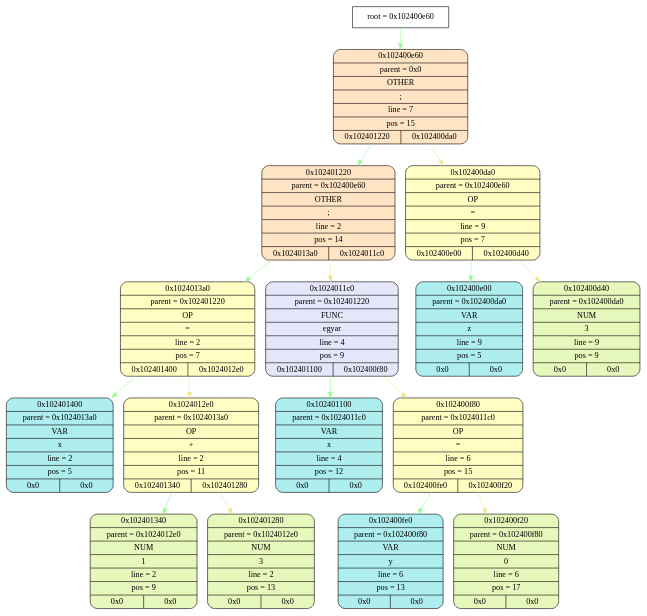
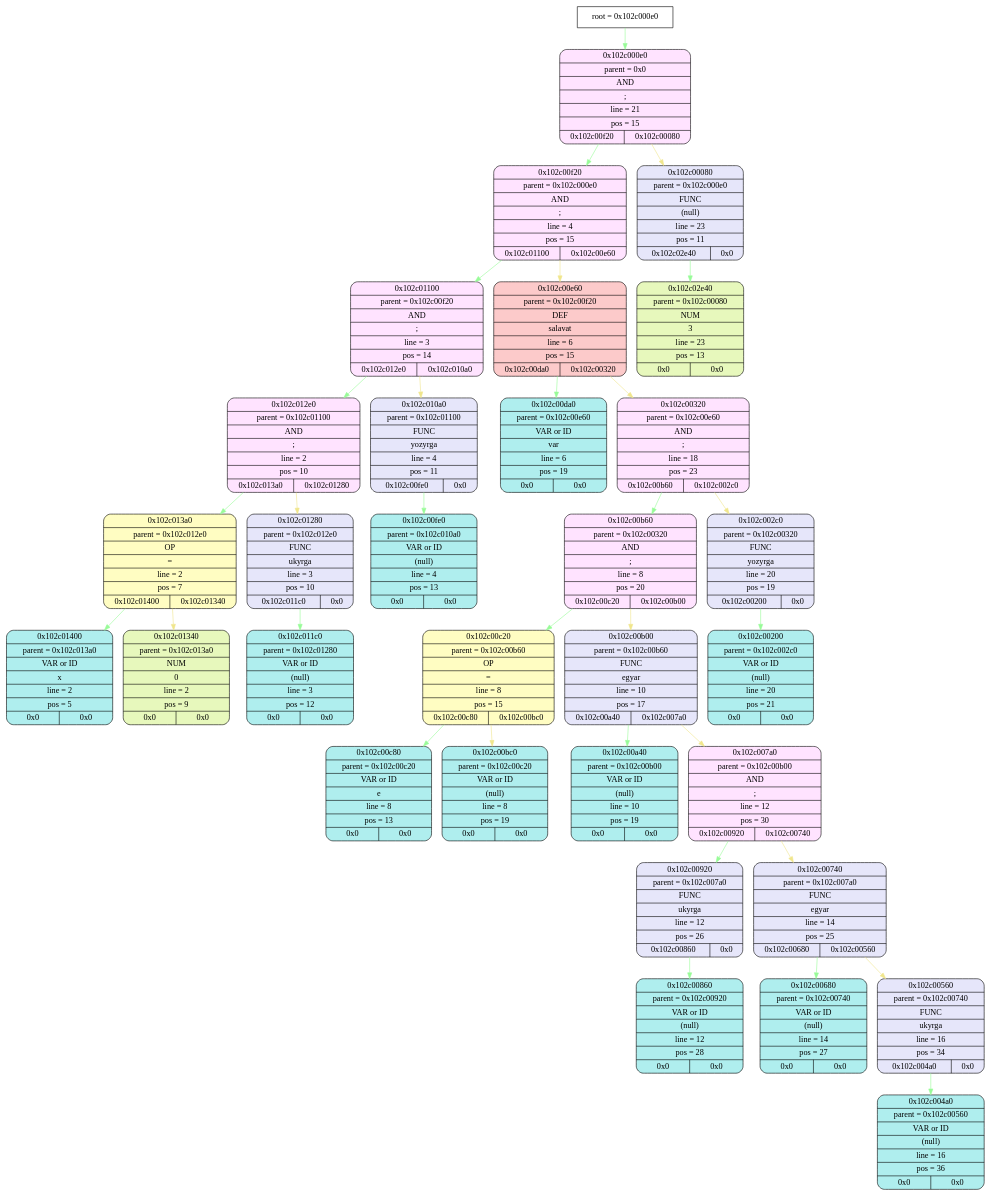
Before and after one commit to esgalimov/language: the diagram in frontend/tmp/graphviz.dot, drawn with Graphviz. The commit also changed 14 other files, not shown here.

```diff
--- a/frontend/tmp/graphviz.dot
+++ b/frontend/tmp/graphviz.dot
@@ -1,50 +1,98 @@
 digraph
 {
-    node_info[shape = record, label = "{root = 0x102400e60}"];
+    node_info[shape = record, label = "{root = 0x102c000e0}"];
 
-    node_info->node_0x102400e60 [color = "#98FB98"];
-    node_0x102400e60[shape = Mrecord, label = "{{0x102400e60} | {parent =  0x0} | {OTHER} | {;} | {line = 7} | {pos = 15} | {0x102401220 | 0x102400da0}}",
-                style="filled", fillcolor="#FFE4C4"];
-    node_0x102401220[shape = Mrecord, label = "{{0x102401220} | {parent =  0x102400e60} | {OTHER} | {;} | {line = 2} | {pos = 14} | {0x1024013a0 | 0x1024011c0}}",
-                style="filled", fillcolor="#FFE4C4"];
-    node_0x1024013a0[shape = Mrecord, label = "{{0x1024013a0} | {parent =  0x102401220} | {OP} | {=} | {line = 2} | {pos = 7} | {0x102401400 | 0x1024012e0}}",
+    node_info->node_0x102c000e0 [color = "#98FB98"];
+    node_0x102c000e0[shape = Mrecord, label = "{{0x102c000e0} | {parent =  0x0} | {AND} | {;} | {line = 21} | {pos = 15} | {0x102c00f20 | 0x102c00080}}",
+                style="filled", fillcolor="#FFE3FF"];
+    node_0x102c00f20[shape = Mrecord, label = "{{0x102c00f20} | {parent =  0x102c000e0} | {AND} | {;} | {line = 4} | {pos = 15} | {0x102c01100 | 0x102c00e60}}",
+                style="filled", fillcolor="#FFE3FF"];
+    node_0x102c01100[shape = Mrecord, label = "{{0x102c01100} | {parent =  0x102c00f20} | {AND} | {;} | {line = 3} | {pos = 14} | {0x102c012e0 | 0x102c010a0}}",
+                style="filled", fillcolor="#FFE3FF"];
+    node_0x102c012e0[shape = Mrecord, label = "{{0x102c012e0} | {parent =  0x102c01100} | {AND} | {;} | {line = 2} | {pos = 10} | {0x102c013a0 | 0x102c01280}}",
+                style="filled", fillcolor="#FFE3FF"];
+    node_0x102c013a0[shape = Mrecord, label = "{{0x102c013a0} | {parent =  0x102c012e0} | {OP} | {=} | {line = 2} | {pos = 7} | {0x102c01400 | 0x102c01340}}",
                 style="filled", fillcolor="#FFFDC2"];
-    node_0x102401400[shape = Mrecord, label = "{{0x102401400} | {parent =  0x1024013a0} | {VAR} | {x} | {line = 2} | {pos = 5} | {0x0 | 0x0}}",
+    node_0x102c01400[shape = Mrecord, label = "{{0x102c01400} | {parent =  0x102c013a0} | {VAR or ID} | {x} | {line = 2} | {pos = 5} | {0x0 | 0x0}}",
                 style="filled", fillcolor="#AFEEEE"];
-    node_0x1024012e0[shape = Mrecord, label = "{{0x1024012e0} | {parent =  0x1024013a0} | {OP} | {+} | {line = 2} | {pos = 11} | {0x102401340 | 0x102401280}}",
+    node_0x102c01340[shape = Mrecord, label = "{{0x102c01340} | {parent =  0x102c013a0} | {NUM} | {0} | {line = 2} | {pos = 9} | {0x0 | 0x0}}",
+                style="filled", fillcolor="#E7F8BC"];
+    node_0x102c01280[shape = Mrecord, label = "{{0x102c01280} | {parent =  0x102c012e0} | {FUNC} | {ukyrga} | {line = 3} | {pos = 10} | {0x102c011c0 | 0x0}}",
+                style="filled", fillcolor="#E6E6FA"];
+    node_0x102c011c0[shape = Mrecord, label = "{{0x102c011c0} | {parent =  0x102c01280} | {VAR or ID} | {(null)} | {line = 3} | {pos = 12} | {0x0 | 0x0}}",
+                style="filled", fillcolor="#AFEEEE"];
+    node_0x102c010a0[shape = Mrecord, label = "{{0x102c010a0} | {parent =  0x102c01100} | {FUNC} | {yozyrga} | {line = 4} | {pos = 11} | {0x102c00fe0 | 0x0}}",
+                style="filled", fillcolor="#E6E6FA"];
+    node_0x102c00fe0[shape = Mrecord, label = "{{0x102c00fe0} | {parent =  0x102c010a0} | {VAR or ID} | {(null)} | {line = 4} | {pos = 13} | {0x0 | 0x0}}",
+                style="filled", fillcolor="#AFEEEE"];
+    node_0x102c00e60[shape = Mrecord, label = "{{0x102c00e60} | {parent =  0x102c00f20} | {DEF} | {salavat} | {line = 6} | {pos = 15} | {0x102c00da0 | 0x102c00320}}",
+                style="filled", fillcolor="#FCCACA"];
+    node_0x102c00da0[shape = Mrecord, label = "{{0x102c00da0} | {parent =  0x102c00e60} | {VAR or ID} | {var} | {line = 6} | {pos = 19} | {0x0 | 0x0}}",
+                style="filled", fillcolor="#AFEEEE"];
+    node_0x102c00320[shape = Mrecord, label = "{{0x102c00320} | {parent =  0x102c00e60} | {AND} | {;} | {line = 18} | {pos = 23} | {0x102c00b60 | 0x102c002c0}}",
+                style="filled", fillcolor="#FFE3FF"];
+    node_0x102c00b60[shape = Mrecord, label = "{{0x102c00b60} | {parent =  0x102c00320} | {AND} | {;} | {line = 8} | {pos = 20} | {0x102c00c20 | 0x102c00b00}}",
+                style="filled", fillcolor="#FFE3FF"];
+    node_0x102c00c20[shape = Mrecord, label = "{{0x102c00c20} | {parent =  0x102c00b60} | {OP} | {=} | {line = 8} | {pos = 15} | {0x102c00c80 | 0x102c00bc0}}",
                 style="filled", fillcolor="#FFFDC2"];
-    node_0x102401340[shape = Mrecord, label = "{{0x102401340} | {parent =  0x1024012e0} | {NUM} | {1} | {line = 2} | {pos = 9} | {0x0 | 0x0}}",
+    node_0x102c00c80[shape = Mrecord, label = "{{0x102c00c80} | {parent =  0x102c00c20} | {VAR or ID} | {e} | {line = 8} | {pos = 13} | {0x0 | 0x0}}",
+                style="filled", fillcolor="#AFEEEE"];
+    node_0x102c00bc0[shape = Mrecord, label = "{{0x102c00bc0} | {parent =  0x102c00c20} | {VAR or ID} | {(null)} | {line = 8} | {pos = 19} | {0x0 | 0x0}}",
+                style="filled", fillcolor="#AFEEEE"];
+    node_0x102c00b00[shape = Mrecord, label = "{{0x102c00b00} | {parent =  0x102c00b60} | {FUNC} | {egyar} | {line = 10} | {pos = 17} | {0x102c00a40 | 0x102c007a0}}",
+                style="filled", fillcolor="#E6E6FA"];
+    node_0x102c00a40[shape = Mrecord, label = "{{0x102c00a40} | {parent =  0x102c00b00} | {VAR or ID} | {(null)} | {line = 10} | {pos = 19} | {0x0 | 0x0}}",
+                style="filled", fillcolor="#AFEEEE"];
+    node_0x102c007a0[shape = Mrecord, label = "{{0x102c007a0} | {parent =  0x102c00b00} | {AND} | {;} | {line = 12} | {pos = 30} | {0x102c00920 | 0x102c00740}}",
+                style="filled", fillcolor="#FFE3FF"];
+    node_0x102c00920[shape = Mrecord, label = "{{0x102c00920} | {parent =  0x102c007a0} | {FUNC} | {ukyrga} | {line = 12} | {pos = 26} | {0x102c00860 | 0x0}}",
+                style="filled", fillcolor="#E6E6FA"];
+    node_0x102c00860[shape = Mrecord, label = "{{0x102c00860} | {parent =  0x102c00920} | {VAR or ID} | {(null)} | {line = 12} | {pos = 28} | {0x0 | 0x0}}",
+                style="filled", fillcolor="#AFEEEE"];
+    node_0x102c00740[shape = Mrecord, label = "{{0x102c00740} | {parent =  0x102c007a0} | {FUNC} | {egyar} | {line = 14} | {pos = 25} | {0x102c00680 | 0x102c00560}}",
+                style="filled", fillcolor="#E6E6FA"];
+    node_0x102c00680[shape = Mrecord, label = "{{0x102c00680} | {parent =  0x102c00740} | {VAR or ID} | {(null)} | {line = 14} | {pos = 27} | {0x0 | 0x0}}",
+                style="filled", fillcolor="#AFEEEE"];
+    node_0x102c00560[shape = Mrecord, label = "{{0x102c00560} | {parent =  0x102c00740} | {FUNC} | {ukyrga} | {line = 16} | {pos = 34} | {0x102c004a0 | 0x0}}",
+                style="filled", fillcolor="#E6E6FA"];
+    node_0x102c004a0[shape = Mrecord, label = "{{0x102c004a0} | {parent =  0x102c00560} | {VAR or ID} | {(null)} | {line = 16} | {pos = 36} | {0x0 | 0x0}}",
+                style="filled", fillcolor="#AFEEEE"];
+    node_0x102c002c0[shape = Mrecord, label = "{{0x102c002c0} | {parent =  0x102c00320} | {FUNC} | {yozyrga} | {line = 20} | {pos = 19} | {0x102c00200 | 0x0}}",
+                style="filled", fillcolor="#E6E6FA"];
+    node_0x102c00200[shape = Mrecord, label = "{{0x102c00200} | {parent =  0x102c002c0} | {VAR or ID} | {(null)} | {line = 20} | {pos = 21} | {0x0 | 0x0}}",
+                style="filled", fillcolor="#AFEEEE"];
+    node_0x102c00080[shape = Mrecord, label = "{{0x102c00080} | {parent =  0x102c000e0} | {FUNC} | {(null)} | {line = 23} | {pos = 11} | {0x102c02e40 | 0x0}}",
+                style="filled", fillcolor="#E6E6FA"];
+    node_0x102c02e40[shape = Mrecord, label = "{{0x102c02e40} | {parent =  0x102c00080} | {NUM} | {3} | {line = 23} | {pos = 13} | {0x0 | 0x0}}",
                 style="filled", fillcolor="#E7F8BC"];
-    node_0x102401280[shape = Mrecord, label = "{{0x102401280} | {parent =  0x1024012e0} | {NUM} | {3} | {line = 2} | {pos = 13} | {0x0 | 0x0}}",
-                style="filled", fillcolor="#E7F8BC"];
-    node_0x1024011c0[shape = Mrecord, label = "{{0x1024011c0} | {parent =  0x102401220} | {FUNC} | {egyar} | {line = 4} | {pos = 9} | {0x102401100 | 0x102400f80}}",
-                style="filled", fillcolor="#E6E6FA"];
-    node_0x102401100[shape = Mrecord, label = "{{0x102401100} | {parent =  0x1024011c0} | {VAR} | {x} | {line = 4} | {pos = 12} | {0x0 | 0x0}}",
-                style="filled", fillcolor="#AFEEEE"];
-    node_0x102400f80[shape = Mrecord, label = "{{0x102400f80} | {parent =  0x1024011c0} | {OP} | {=} | {line = 6} | {pos = 15} | {0x102400fe0 | 0x102400f20}}",
-                style="filled", fillcolor="#FFFDC2"];
-    node_0x102400fe0[shape = Mrecord, label = "{{0x102400fe0} | {parent =  0x102400f80} | {VAR} | {y} | {line = 6} | {pos = 13} | {0x0 | 0x0}}",
-                style="filled", fillcolor="#AFEEEE"];
-    node_0x102400f20[shape = Mrecord, label = "{{0x102400f20} | {parent =  0x102400f80} | {NUM} | {0} | {line = 6} | {pos = 17} | {0x0 | 0x0}}",
-                style="filled", fillcolor="#E7F8BC"];
-    node_0x102400da0[shape = Mrecord, label = "{{0x102400da0} | {parent =  0x102400e60} | {OP} | {=} | {line = 9} | {pos = 7} | {0x102400e00 | 0x102400d40}}",
-                style="filled", fillcolor="#FFFDC2"];
-    node_0x102400e00[shape = Mrecord, label = "{{0x102400e00} | {parent =  0x102400da0} | {VAR} | {z} | {line = 9} | {pos = 5} | {0x0 | 0x0}}",
-                style="filled", fillcolor="#AFEEEE"];
-    node_0x102400d40[shape = Mrecord, label = "{{0x102400d40} | {parent =  0x102400da0} | {NUM} | {3} | {line = 9} | {pos = 9} | {0x0 | 0x0}}",
-                style="filled", fillcolor="#E7F8BC"];
-    node_0x102400e60->node_0x102401220 [color = "#98FB98"];
-    node_0x102401220->node_0x1024013a0 [color = "#98FB98"];
-    node_0x1024013a0->node_0x102401400 [color = "#98FB98"];
-    node_0x1024013a0->node_0x1024012e0 [color = "#F0E68C"];
-    node_0x1024012e0->node_0x102401340 [color = "#98FB98"];
-    node_0x1024012e0->node_0x102401280 [color = "#F0E68C"];
-    node_0x102401220->node_0x1024011c0 [color = "#F0E68C"];
-    node_0x1024011c0->node_0x102401100 [color = "#98FB98"];
-    node_0x1024011c0->node_0x102400f80 [color = "#F0E68C"];
-    node_0x102400f80->node_0x102400fe0 [color = "#98FB98"];
-    node_0x102400f80->node_0x102400f20 [color = "#F0E68C"];
-    node_0x102400e60->node_0x102400da0 [color = "#F0E68C"];
-    node_0x102400da0->node_0x102400e00 [color = "#98FB98"];
-    node_0x102400da0->node_0x102400d40 [color = "#F0E68C"];
+    node_0x102c000e0->node_0x102c00f20 [color = "#98FB98"];
+    node_0x102c00f20->node_0x102c01100 [color = "#98FB98"];
+    node_0x102c01100->node_0x102c012e0 [color = "#98FB98"];
+    node_0x102c012e0->node_0x102c013a0 [color = "#98FB98"];
+    node_0x102c013a0->node_0x102c01400 [color = "#98FB98"];
+    node_0x102c013a0->node_0x102c01340 [color = "#F0E68C"];
+    node_0x102c012e0->node_0x102c01280 [color = "#F0E68C"];
+    node_0x102c01280->node_0x102c011c0 [color = "#98FB98"];
+    node_0x102c01100->node_0x102c010a0 [color = "#F0E68C"];
+    node_0x102c010a0->node_0x102c00fe0 [color = "#98FB98"];
+    node_0x102c00f20->node_0x102c00e60 [color = "#F0E68C"];
+    node_0x102c00e60->node_0x102c00da0 [color = "#98FB98"];
+    node_0x102c00e60->node_0x102c00320 [color = "#F0E68C"];
+    node_0x102c00320->node_0x102c00b60 [color = "#98FB98"];
+    node_0x102c00b60->node_0x102c00c20 [color = "#98FB98"];
+    node_0x102c00c20->node_0x102c00c80 [color = "#98FB98"];
+    node_0x102c00c20->node_0x102c00bc0 [color = "#F0E68C"];
+    node_0x102c00b60->node_0x102c00b00 [color = "#F0E68C"];
+    node_0x102c00b00->node_0x102c00a40 [color = "#98FB98"];
+    node_0x102c00b00->node_0x102c007a0 [color = "#F0E68C"];
+    node_0x102c007a0->node_0x102c00920 [color = "#98FB98"];
+    node_0x102c00920->node_0x102c00860 [color = "#98FB98"];
+    node_0x102c007a0->node_0x102c00740 [color = "#F0E68C"];
+    node_0x102c00740->node_0x102c00680 [color = "#98FB98"];
+    node_0x102c00740->node_0x102c00560 [color = "#F0E68C"];
+    node_0x102c00560->node_0x102c004a0 [color = "#98FB98"];
+    node_0x102c00320->node_0x102c002c0 [color = "#F0E68C"];
+    node_0x102c002c0->node_0x102c00200 [color = "#98FB98"];
+    node_0x102c000e0->node_0x102c00080 [color = "#F0E68C"];
+    node_0x102c00080->node_0x102c02e40 [color = "#98FB98"];
 }
```
